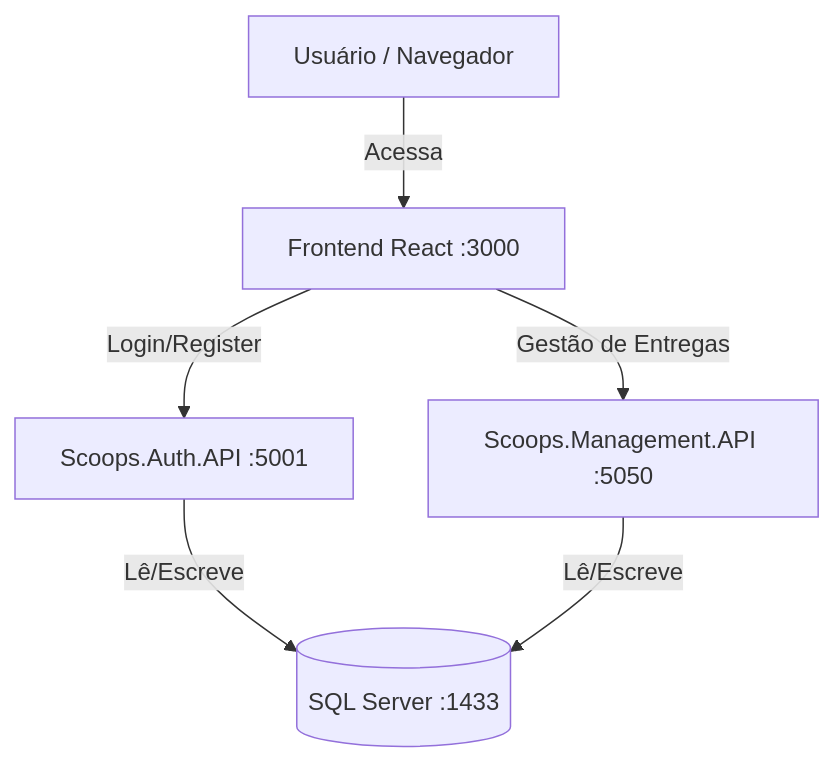
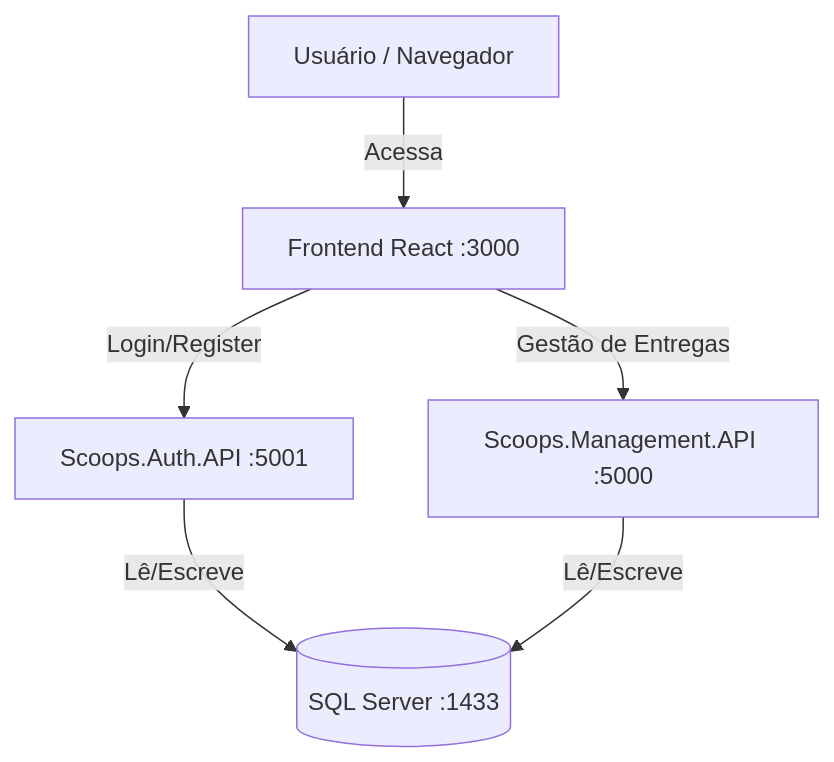
One commit to luiz-eduardo-ramirez/Scoops-API changed the diagram in README.md. Above: the diagram before and after it, drawn with Mermaid. The commit also changed other lines of this file and 19 other files, not shown here.

````diff
--- a/README.md
+++ b/README.md
@@ -16,9 +16,9 @@
 ```mermaid
 graph TD
     User[Usuário / Navegador] -->|Acessa| Frontend[Frontend React :3000]
     Frontend -->|Login/Register| AuthAPI[Scoops.Auth.API :5001]
-    Frontend -->|Gestão de Entregas| MgmtAPI[Scoops.Management.API :5050]
+    Frontend -->|Gestão de Entregas| MgmtAPI[Scoops.Management.API :5000]
 
     AuthAPI -->|Lê/Escreve| DB[(SQL Server :1433)]
     MgmtAPI -->|Lê/Escreve| DB
 ```
````
